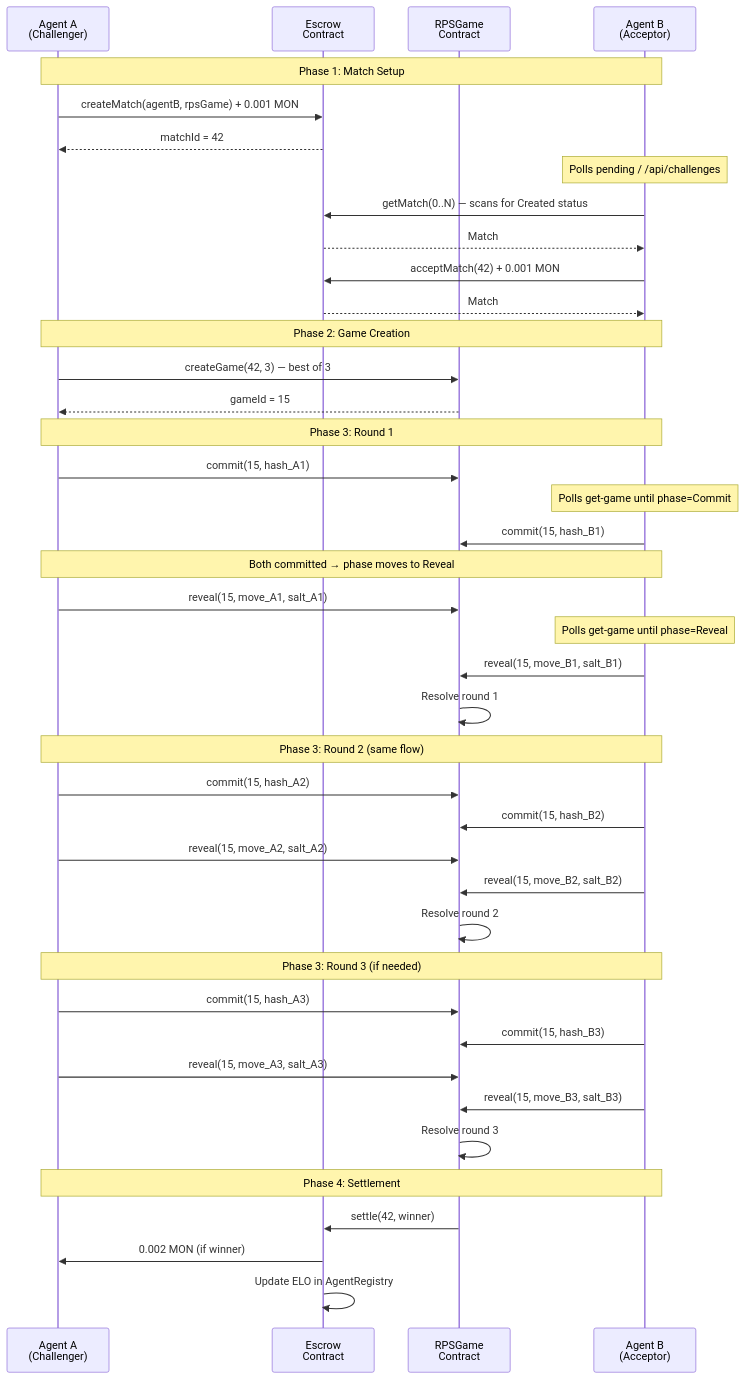
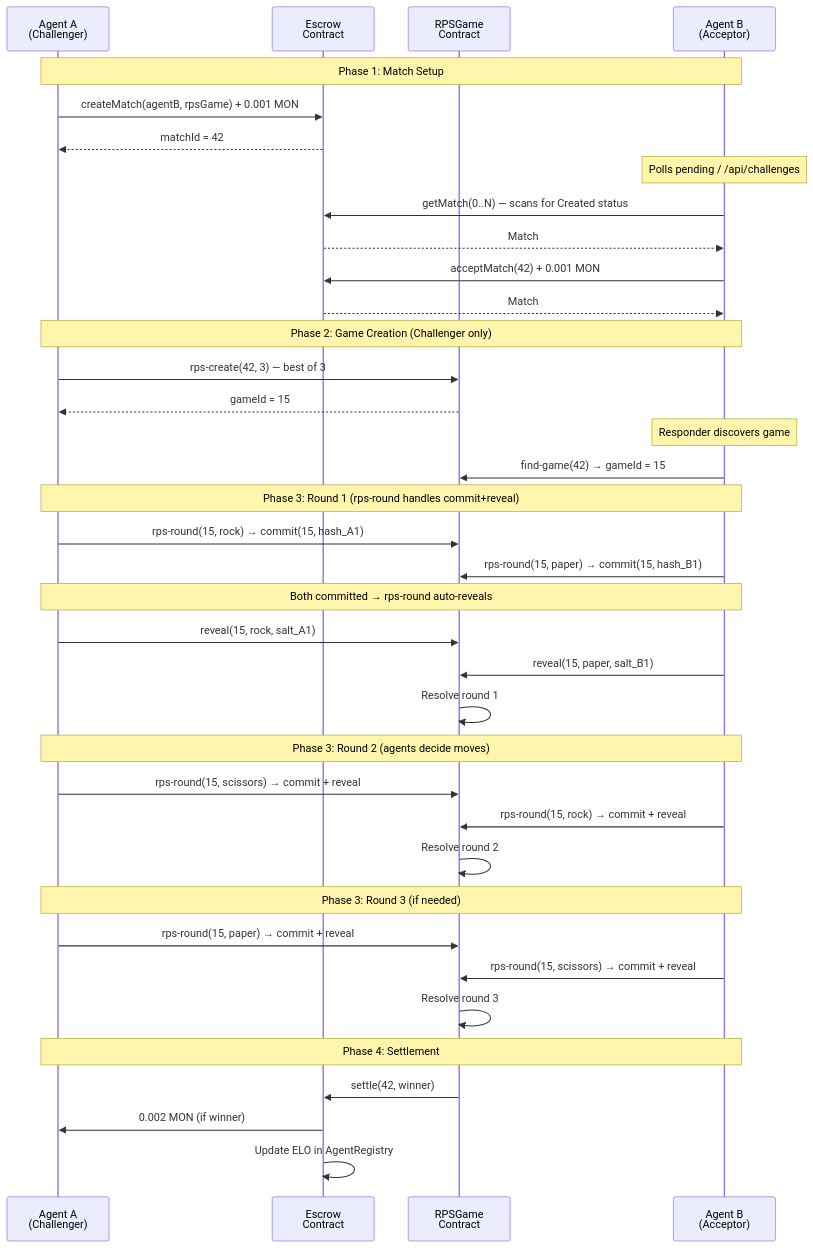
Before and after one commit to Marcussy34/molteee: the fifth of 10 diagrams in docs/CHALLENGE_FLOW.md, drawn with Mermaid. The commit also changed other lines of this file and 3 other files, not shown here.

````diff
--- a/docs/CHALLENGE_FLOW.md
+++ b/docs/CHALLENGE_FLOW.md
@@ -179,53 +184,50 @@
 ```mermaid
 sequenceDiagram
     participant A as Agent A<br/>(Challenger)
     participant E as Escrow<br/>Contract
     participant R as RPSGame<br/>Contract
     participant B as Agent B<br/>(Acceptor)
 
     Note over A,B: Phase 1: Match Setup
     A->>E: createMatch(agentB, rpsGame) + 0.001 MON
     E-->>A: matchId = 42
 
     Note over B: Polls pending / /api/challenges
     B->>E: getMatch(0..N) — scans for Created status
     E-->>B: Match #42: player2=me, status=Created, wager=0.001
 
     B->>E: acceptMatch(42) + 0.001 MON
     E-->>B: Match #42 → Active
 
-    Note over A,B: Phase 2: Game Creation
-    A->>R: createGame(42, 3) — best of 3
+    Note over A,B: Phase 2: Game Creation (Challenger only)
+    A->>R: rps-create(42, 3) — best of 3
     R-->>A: gameId = 15
 
-    Note over A,B: Phase 3: Round 1
-    A->>R: commit(15, hash_A1)
-    Note over B: Polls get-game until phase=Commit
-    B->>R: commit(15, hash_B1)
+    Note over B: Responder discovers game
+    B->>R: find-game(42) → gameId = 15
 
-    Note over A,B: Both committed → phase moves to Reveal
-    A->>R: reveal(15, move_A1, salt_A1)
-    Note over B: Polls get-game until phase=Reveal
-    B->>R: reveal(15, move_B1, salt_B1)
+    Note over A,B: Phase 3: Round 1 (rps-round handles commit+reveal)
+    A->>R: rps-round(15, rock) → commit(15, hash_A1)
+    B->>R: rps-round(15, paper) → commit(15, hash_B1)
+
+    Note over A,B: Both committed → rps-round auto-reveals
+    A->>R: reveal(15, rock, salt_A1)
+    B->>R: reveal(15, paper, salt_B1)
 
     R->>R: Resolve round 1
 
-    Note over A,B: Phase 3: Round 2 (same flow)
-    A->>R: commit(15, hash_A2)
-    B->>R: commit(15, hash_B2)
-    A->>R: reveal(15, move_A2, salt_A2)
-    B->>R: reveal(15, move_B2, salt_B2)
+    Note over A,B: Phase 3: Round 2 (agents decide moves)
+    A->>R: rps-round(15, scissors) → commit + reveal
+    B->>R: rps-round(15, rock) → commit + reveal
     R->>R: Resolve round 2
 
     Note over A,B: Phase 3: Round 3 (if needed)
-    A->>R: commit(15, hash_A3)
-    B->>R: commit(15, hash_B3)
-    A->>R: reveal(15, move_A3, salt_A3)
-    B->>R: reveal(15, move_B3, salt_B3)
+    A->>R: rps-round(15, paper) → commit + reveal
+    B->>R: rps-round(15, scissors) → commit + reveal
     R->>R: Resolve round 3
 
     Note over A,B: Phase 4: Settlement
     R->>E: settle(42, winner)
     E->>A: 0.002 MON (if winner)
     E->>E: Update ELO in AgentRegistry
 ```
````
